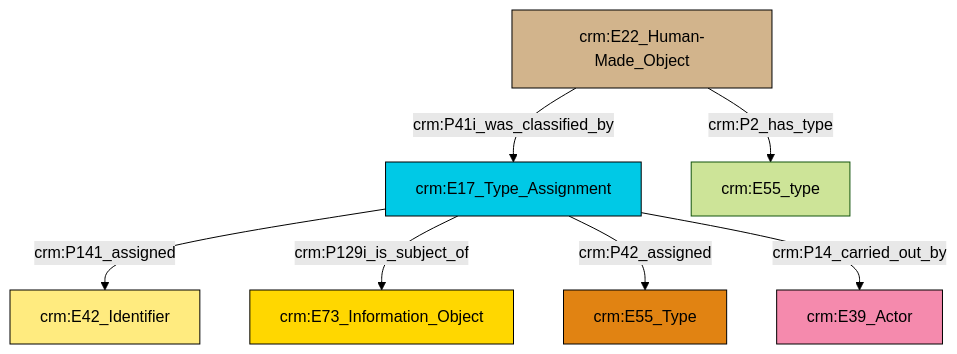
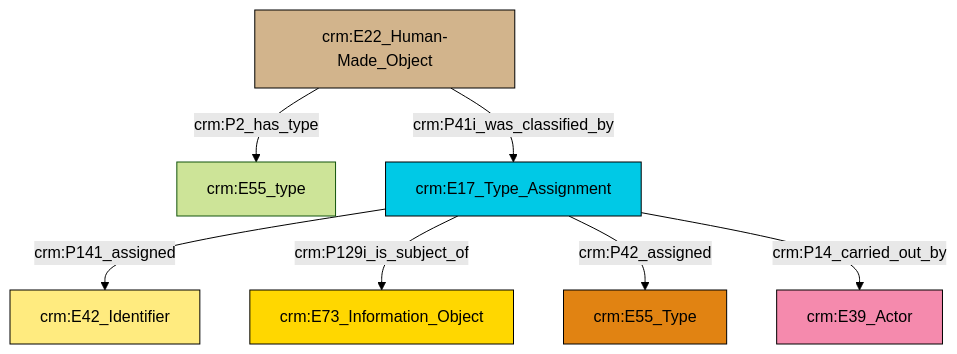
The diagram in et/builtWorkCSV/ttl/mmd/Built_Work_designation_status.ttl.mmd (swiss-art-research-net/reference-data-models), drawn with Mermaid (forest theme) before and after one commit. The commit also changed 126 other files, not shown here.

```diff
--- a/et/builtWorkCSV/ttl/mmd/Built_Work_designation_status.ttl.mmd
+++ b/et/builtWorkCSV/ttl/mmd/Built_Work_designation_status.ttl.mmd
@@ -1,21 +1,21 @@
 graph TD
 classDef Literal fill:#f2f2f2,stroke:#000000;
 classDef CRM_Entity fill:#FFFFFF,stroke:#000000;
 classDef Temporal_Entity fill:#00C9E6, stroke:#000000;
 classDef Type fill:#E18312, stroke:#000000;
 classDef Time-Span fill:#2C9C91, stroke:#000000;
 classDef Appellation fill:#FFEB7F, stroke:#000000;
 classDef Place fill:#008836, stroke:#000000;
 classDef Persistent_Item fill:#B266B2, stroke:#000000;
 classDef Conceptual_Object fill:#FFD700, stroke:#000000;
 classDef Physical_Thing fill:#D2B48C, stroke:#000000;
 classDef Actor fill:#f58aad, stroke:#000000;
 classDef PC_Classes fill:#4ce600, stroke:#000000;
 classDef Multi fill:#cccccc,stroke:#000000;
 
-0["crm:E17_Type_Assignment"]:::Temporal_Entity -->|crm:P141_assigned| 1["crm:E42_Identifier"]:::Appellation
-3["crm:E22_Human-Made_Object"]:::Physical_Thing -->|crm:P2_has_type| 4["crm:E55_type"]:::Default
-3["crm:E22_Human-Made_Object"]:::Physical_Thing -->|crm:P41i_was_classified_by| 0["crm:E17_Type_Assignment"]:::Temporal_Entity
-0["crm:E17_Type_Assignment"]:::Temporal_Entity -->|crm:P129i_is_subject_of| 5["crm:E73_Information_Object"]:::Conceptual_Object
-0["crm:E17_Type_Assignment"]:::Temporal_Entity -->|crm:P42_assigned| 6["crm:E55_Type"]:::Type
-0["crm:E17_Type_Assignment"]:::Temporal_Entity -->|crm:P14_carried_out_by| 8["crm:E39_Actor"]:::Actor
+4["crm:E17_Type_Assignment"]:::Temporal_Entity -->|crm:P141_assigned| 5["crm:E42_Identifier"]:::Appellation
+4["crm:E17_Type_Assignment"]:::Temporal_Entity -->|crm:P129i_is_subject_of| 0["crm:E73_Information_Object"]:::Conceptual_Object
+4["crm:E17_Type_Assignment"]:::Temporal_Entity -->|crm:P42_assigned| 6["crm:E55_Type"]:::Type
+8["crm:E22_Human-Made_Object"]:::Physical_Thing -->|crm:P2_has_type| 2["crm:E55_type"]:::Default
+4["crm:E17_Type_Assignment"]:::Temporal_Entity -->|crm:P14_carried_out_by| 10["crm:E39_Actor"]:::Actor
+8["crm:E22_Human-Made_Object"]:::Physical_Thing -->|crm:P41i_was_classified_by| 4["crm:E17_Type_Assignment"]:::Temporal_Entity
```
